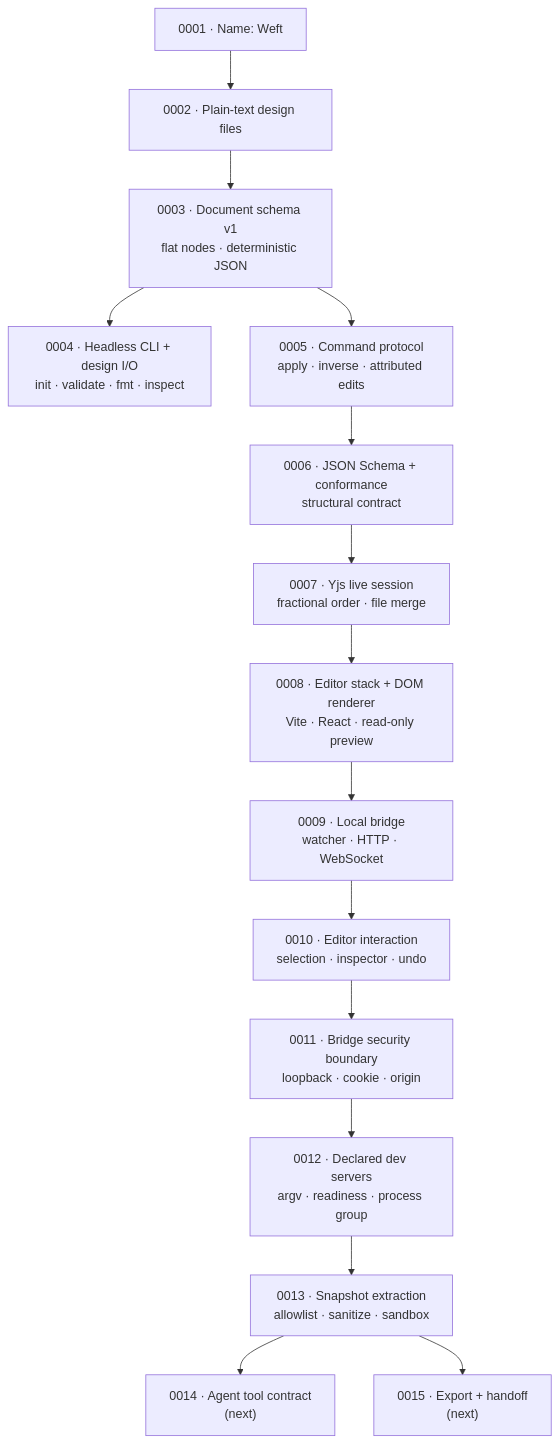
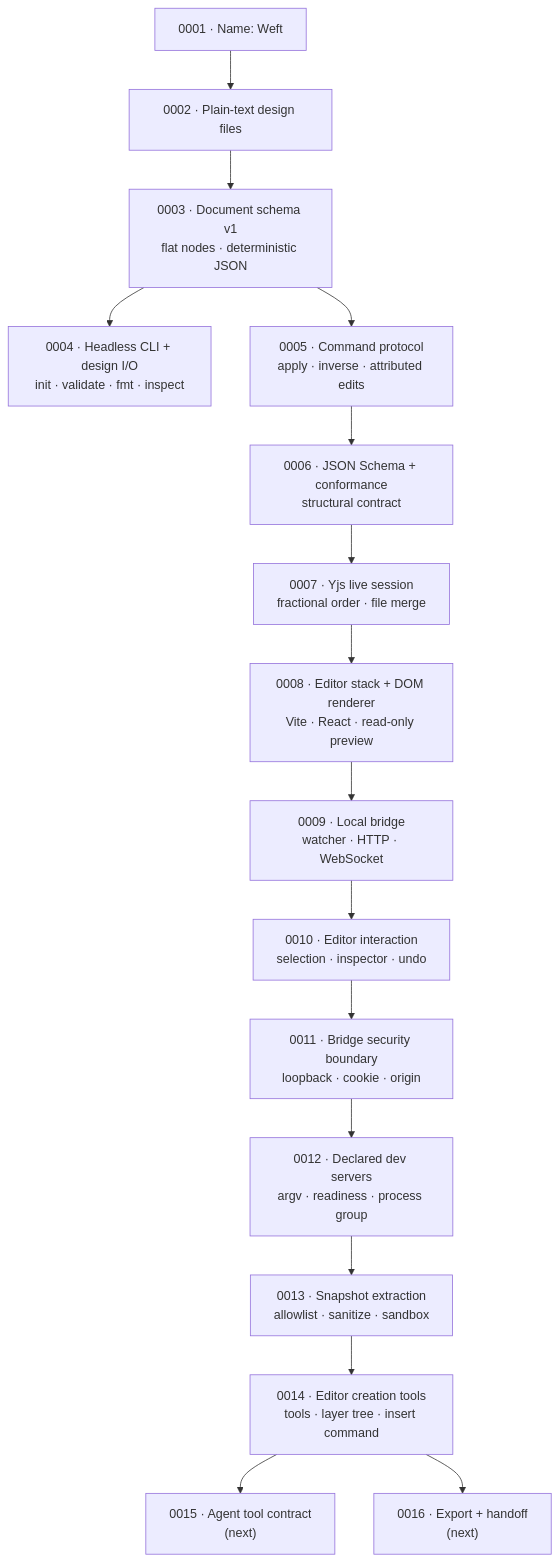
Before and after one commit to Pranesh-Selvaraj/Weft: the diagram in docs/decisions/README.md, drawn with Mermaid. The commit also changed other lines of this file and 13 other files, not shown here.

Commit message:
feat(editor): add creation tools and layer tree (#13)

````diff
--- a/docs/decisions/README.md
+++ b/docs/decisions/README.md
@@ -36,17 +37,18 @@
 ```mermaid
 graph TD
     A["0001 · Name: Weft"] --> B["0002 · Plain-text design files"]
     B --> C["0003 · Document schema v1<br/>flat nodes · deterministic JSON"]
     C --> D["0004 · Headless CLI + design I/O<br/>init · validate · fmt · inspect"]
     C --> E["0005 · Command protocol<br/>apply · inverse · attributed edits"]
     E --> F["0006 · JSON Schema + conformance<br/>structural contract"]
     F --> G["0007 · Yjs live session<br/>fractional order · file merge"]
     G --> H["0008 · Editor stack + DOM renderer<br/>Vite · React · read-only preview"]
     H --> I["0009 · Local bridge<br/>watcher · HTTP · WebSocket"]
     I --> J["0010 · Editor interaction<br/>selection · inspector · undo"]
     J --> K["0011 · Bridge security boundary<br/>loopback · cookie · origin"]
     K --> L["0012 · Declared dev servers<br/>argv · readiness · process group"]
     L --> M["0013 · Snapshot extraction<br/>allowlist · sanitize · sandbox"]
-    M --> N["0014 · Agent tool contract<br/>(next)"]
-    M --> O["0015 · Export + handoff<br/>(next)"]
+    M --> N["0014 · Editor creation tools<br/>tools · layer tree · insert command"]
+    N --> O["0015 · Agent tool contract<br/>(next)"]
+    N --> P["0016 · Export + handoff<br/>(next)"]
 ```
````
